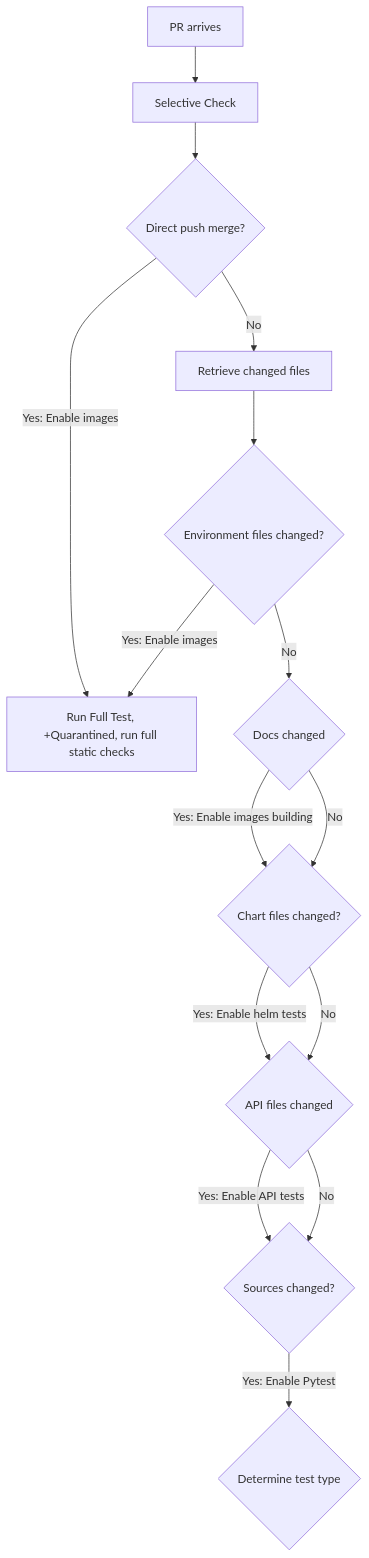
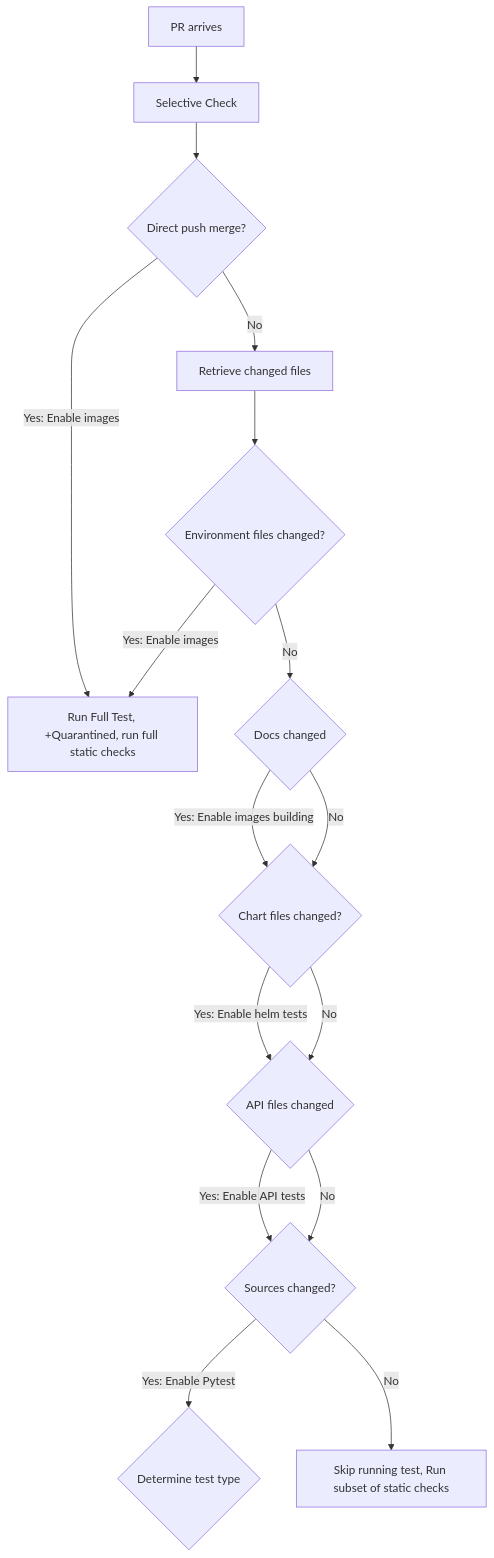
Before and after one commit to edithturn/golang-training: the diagram in README.md, drawn with Mermaid.

Commit message:
test mermaid

````diff
--- a/README.md
+++ b/README.md
@@ -7,18 +7,18 @@
 ```mermaid
 flowchart TD
 A[PR arrives]-->B[Selective Check]
 B-->C{Direct push merge?}
 C-->|Yes: Enable images| D[Run Full Test, +Quarantined, run full static checks]
 C-->|No| E[Retrieve changed files]
 E-->F{Environment files changed?}
 F-->|Yes: Enable images| D
 F-->|No| G{Docs changed}
 G-->|Yes: Enable images building| I{Chart files changed?}
 G-->|No| I
 I-->|Yes: Enable helm tests| J{API files changed}
 I-->|No| J
 J-->|Yes: Enable API tests| H{Sources changed?}
 J-->|No| H
 H-->|Yes: Enable Pytest| K{Determine test type}
-
+H-->|No| L[Skip running test, Run subset of static checks]
 ```
````
